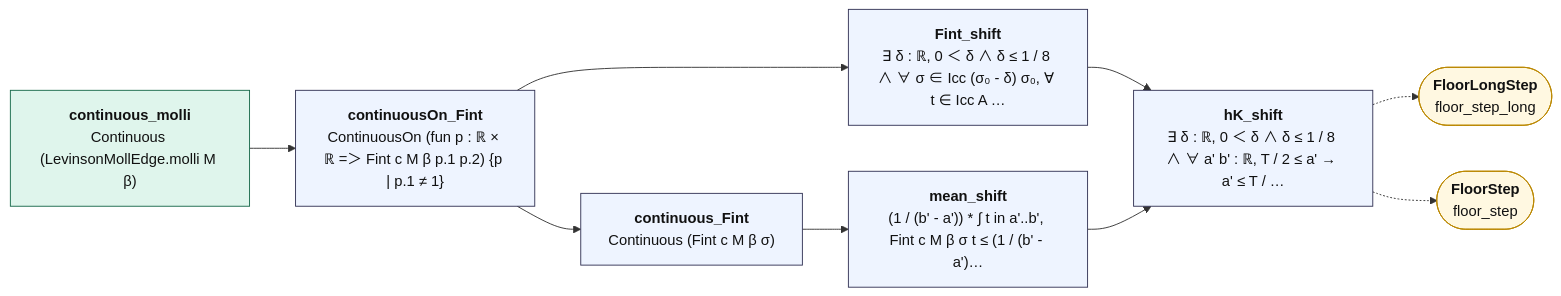
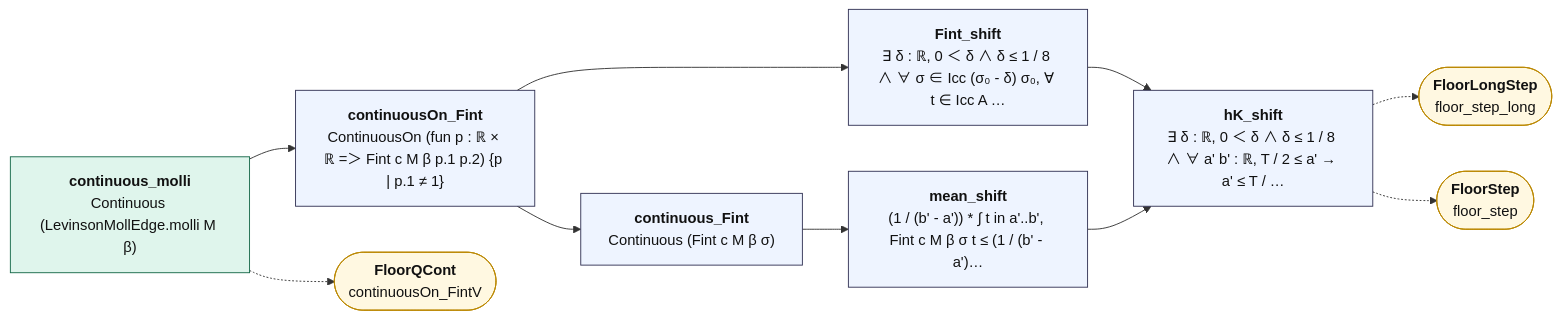
Before and after one commit to juliansambranojr/Primebeat_081426: the diagram in map/lean_stage3/FloorStepCont.md, drawn with Mermaid. The commit also changed other lines of this file and 70 other files, not shown here.

````diff
--- a/map/lean_stage3/FloorStepCont.md
+++ b/map/lean_stage3/FloorStepCont.md
@@ -14,27 +14,29 @@
 ```mermaid
 flowchart LR
   n0["<b>continuous_molli</b><br/>Continuous (LevinsonMollEdge.molli M β)"]:::cnt
   n1["<b>continuousOn_Fint</b><br/>ContinuousOn (fun p : ℝ × ℝ =＞ Fint c M β p.1 p.2) {p | p.1 ≠ 1}"]:::thm
   n2["<b>continuous_Fint</b><br/>Continuous (Fint c M β σ)"]:::thm
   n3["<b>Fint_shift</b><br/>∃ δ : ℝ, 0 ＜ δ ∧ δ ≤ 1 / 8 ∧ ∀ σ ∈ Icc (σ₀ - δ) σ₀, ∀ t ∈ Icc A …"]:::thm
   n4["<b>mean_shift</b><br/>(1 / (b' - a')) * ∫ t in a'..b', Fint c M β σ t ≤ (1 / (b' - a')…"]:::thm
   n5["<b>hK_shift</b><br/>∃ δ : ℝ, 0 ＜ δ ∧ δ ≤ 1 / 8 ∧ ∀ a' b' : ℝ, T / 2 ≤ a' → a' ≤ T / …"]:::thm
-  x0(["<b>FloorLongStep</b><br/>floor_step_long"]):::ext
-  x1(["<b>FloorStep</b><br/>floor_step"]):::ext
+  x0(["<b>FloorQCont</b><br/>continuousOn_FintV"]):::ext
+  x1(["<b>FloorLongStep</b><br/>floor_step_long"]):::ext
+  x2(["<b>FloorStep</b><br/>floor_step"]):::ext
   n0 --> n1
   n1 --> n2
   n1 --> n3
   n2 --> n4
   n3 --> n5
   n4 --> n5
-  n5 -.-> x0
+  n0 -.-> x0
   n5 -.-> x1
+  n5 -.-> x2
   classDef cnt fill:#dff5ec,stroke:#17694a,color:#111
   classDef shp fill:#f1ecfb,stroke:#5b3fa0,color:#111
   classDef rh fill:#ffe5e5,stroke:#c22,color:#111,stroke-width:2px
   classDef thm fill:#eef4ff,stroke:#335,color:#111
   classDef end_ fill:#e7f7e7,stroke:#2a7,color:#111,stroke-width:2px
   classDef lone fill:#fff,stroke:#999,color:#111,stroke-dasharray:4 3
   classDef bad fill:#ffe5e5,stroke:#c22,color:#111,stroke-width:2px
   classDef ext fill:#fff8e1,stroke:#b80,color:#111
 ```
````
